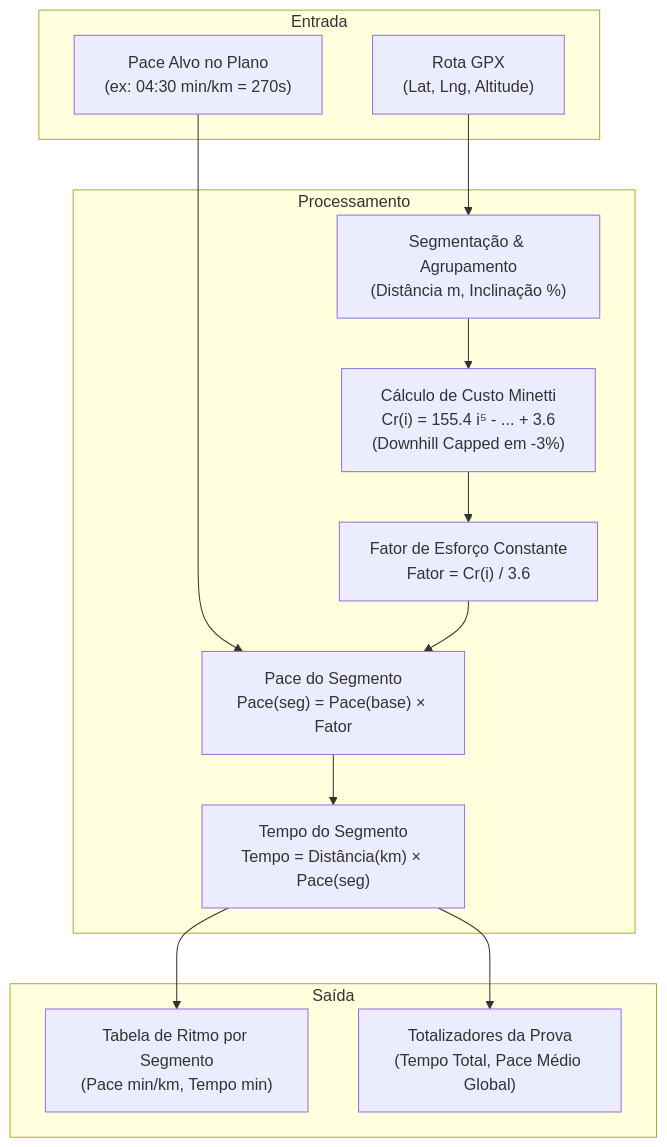
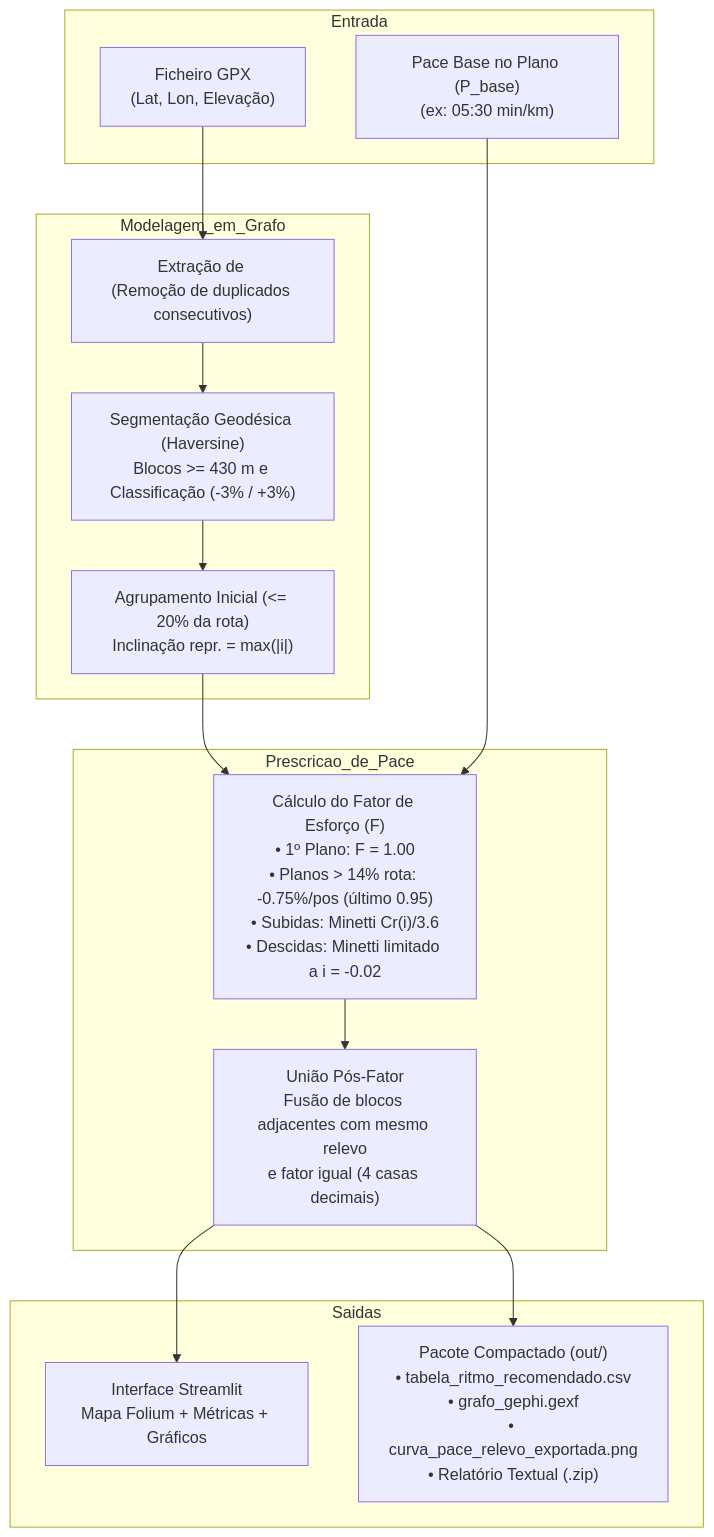
One commit to Felipe0132/Pace-Recommender-By-Route changed the diagram in README.md. Above: the diagram before and after it, drawn with Mermaid. The commit also changed other lines of this file, not shown here.

````diff
--- a/README.md
+++ b/README.md
@@ -111,29 +129,28 @@
 ```mermaid
 flowchart TD
     subgraph Entrada
-        P_alvo["Pace Alvo no Plano\n(ex: 04:30 min/km = 270s)"]
-        Track["Rota GPX\n(Lat, Lng, Altitude)"]
+        P_base["Pace Base no Plano (P_base)\n(ex: 05:30 min/km)"]
+        GPX["Ficheiro GPX\n(Lat, Lon, Elevação)"]
     end
 
-    subgraph Processamento
-        Seg["Segmentação & Agrupamento\n(Distância m, Inclinação %)"]
-        Minetti["Cálculo de Custo Minetti\nCr(i) = 155.4 i⁵ - ... + 3.6\n(Downhill Capped em -3%)"]
-        Fator["Fator de Esforço Constante\nFator = Cr(i) / 3.6"]
-        PaceSeg["Pace do Segmento\nPace(seg) = Pace(base) × Fator"]
-        TempoSeg["Tempo do Segmento\nTempo = Distância(km) × Pace(seg)"]
+    subgraph Modelagem_em_Grafo
+        Col["Extração de <trkpt>\n(Remoção de duplicados consecutivos)"]
+        Seg["Segmentação Geodésica (Haversine)\nBlocos >= 430 m e Classificação (-3% / +3%)"]
+        Agrup1["Agrupamento Inicial (<= 20% da rota)\nInclinação repr. = max(|i|)"]
     end
 
-    subgraph Saída
-        Tab["Tabela de Ritmo por Segmento\n(Pace min/km, Tempo min)"]
-        Totais["Totalizadores da Prova\n(Tempo Total, Pace Médio Global)"]
+    subgraph Prescricao_de_Pace
+        Regras["Cálculo do Fator de Esforço (F)\n• 1º Plano: F = 1.00\n• Planos > 14% rota: -0.75%/pos (último 0.95)\n• Subidas: Minetti Cr(i)/3.6\n• Descidas: Minetti limitado a i = -0.02"]
+        Agrup2["União Pós-Fator\nFusão de blocos adjacentes com mesmo relevo\ne fator igual (4 casas decimais)"]
     end
 
-    Track --> Seg
-    Seg --> Minetti
-    Minetti --> Fator
-    P_alvo --> PaceSeg
-    Fator --> PaceSeg
-    PaceSeg --> TempoSeg
-    TempoSeg --> Tab
-    TempoSeg --> Totais
+    subgraph Saidas
+        UI["Interface Streamlit\nMapa Folium + Métricas + Gráficos"]
+        Export["Pacote Compactado (out/)\n• tabela_ritmo_recomendado.csv\n• grafo_gephi.gexf\n• curva_pace_relevo_exportada.png\n• Relatório Textual (.zip)"]
+    end
+
+    GPX --> Col --> Seg --> Agrup1 --> Regras
+    P_base --> Regras
+    Regras --> Agrup2 --> UI
+    Agrup2 --> Export
 ```
````
